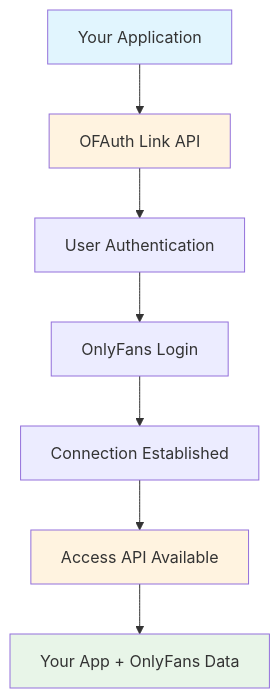
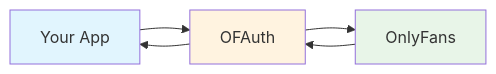
Before and after one commit to OFAuth-org/public-docs: the diagram in index.mdx, drawn with Mermaid. The commit also changed other lines of this file and 22 other files, not shown here.

````diff
--- a/index.mdx
+++ b/index.mdx
@@ -101,14 +77,11 @@
 ```mermaid
-graph TD
-    A[Your Application] --> B[OFAuth Link API]
-    B --> C[User Authentication]
-    C --> D[OnlyFans Login]
-    D --> E[Connection Established]
-    E --> F[Access API Available]
-    F --> G[Your App + OnlyFans Data]
-
+graph LR
+    A[Your App] --> B[OFAuth]
+    B --> C[OnlyFans]
+    C --> B
+    B --> A
+    
     style A fill:#e1f5fe
-    style G fill:#e8f5e8
     style B fill:#fff3e0
-    style F fill:#fff3e0
+    style C fill:#e8f5e8
 ```
````
